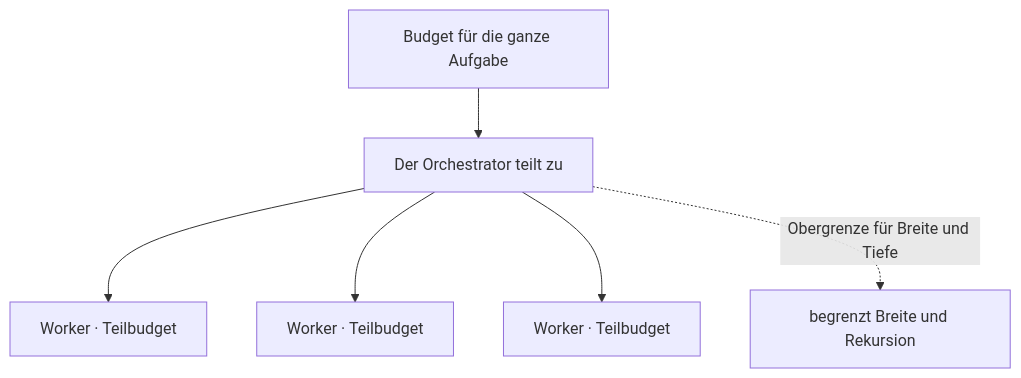
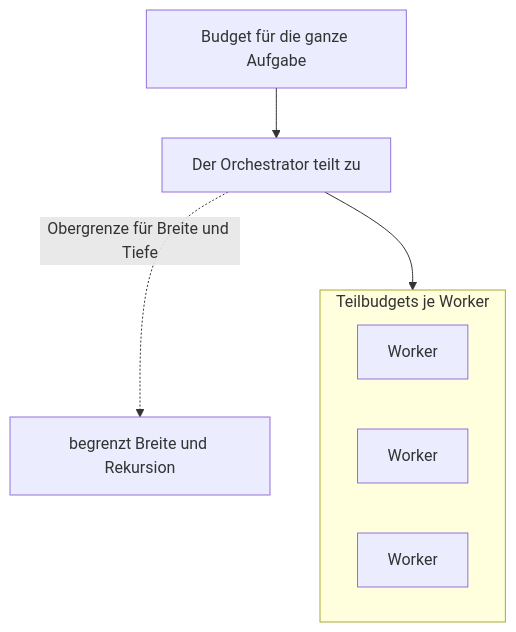
Before and after one commit to NikolaiSachok/ai-engineering-handbook: the third of 3 diagrams in i18n/de/docusaurus-plugin-content-docs/current/part-2-agents/multi-agent/deep-dive.md, drawn with Mermaid. The commit also changed other lines of this file and 75 other files, not shown here.

First line of the commit message:
fix(diagrams): re-author wide diagrams, and measure the three locales the gate never saw (#441)

````diff
--- a/i18n/de/docusaurus-plugin-content-docs/current/part-2-agents/multi-agent/deep-dive.md
+++ b/i18n/de/docusaurus-plugin-content-docs/current/part-2-agents/multi-agent/deep-dive.md
@@ -104,8 +104,12 @@
 ```mermaid
 flowchart TD
     Total["Budget für die ganze Aufgabe"] --> Orch["Der Orchestrator teilt zu"]
-    Orch --> W1["Worker · Teilbudget"]
-    Orch --> W2["Worker · Teilbudget"]
-    Orch --> W3["Worker · Teilbudget"]
+    Orch --> Workers
+    subgraph Workers["Teilbudgets je Worker"]
+        direction LR
+        W1["Worker"]
+        W2["Worker"]
+        W3["Worker"]
+    end
     Orch -. "Obergrenze für Breite und Tiefe" .-> Lim["begrenzt Breite und Rekursion"]
 ```
````
